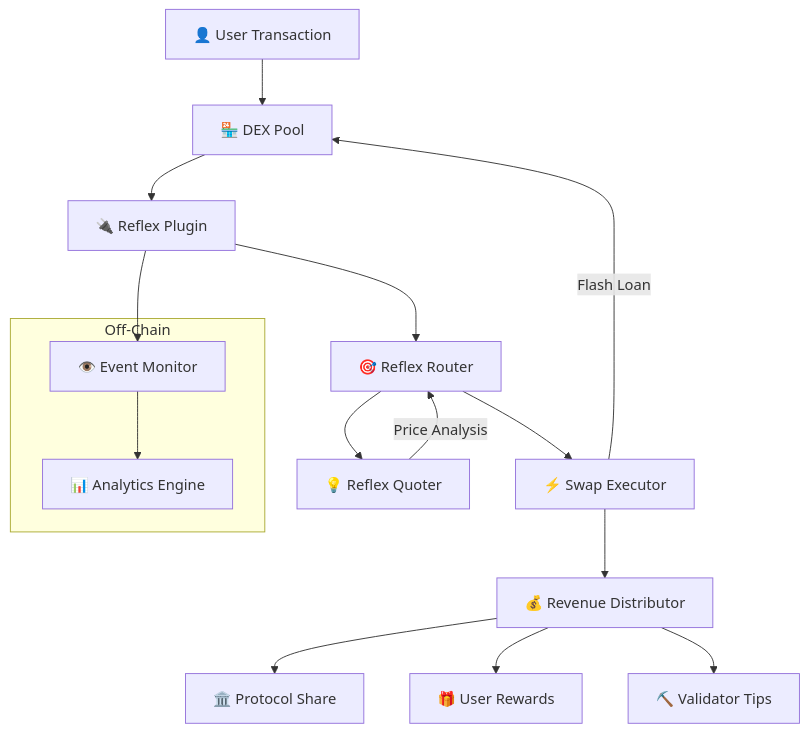
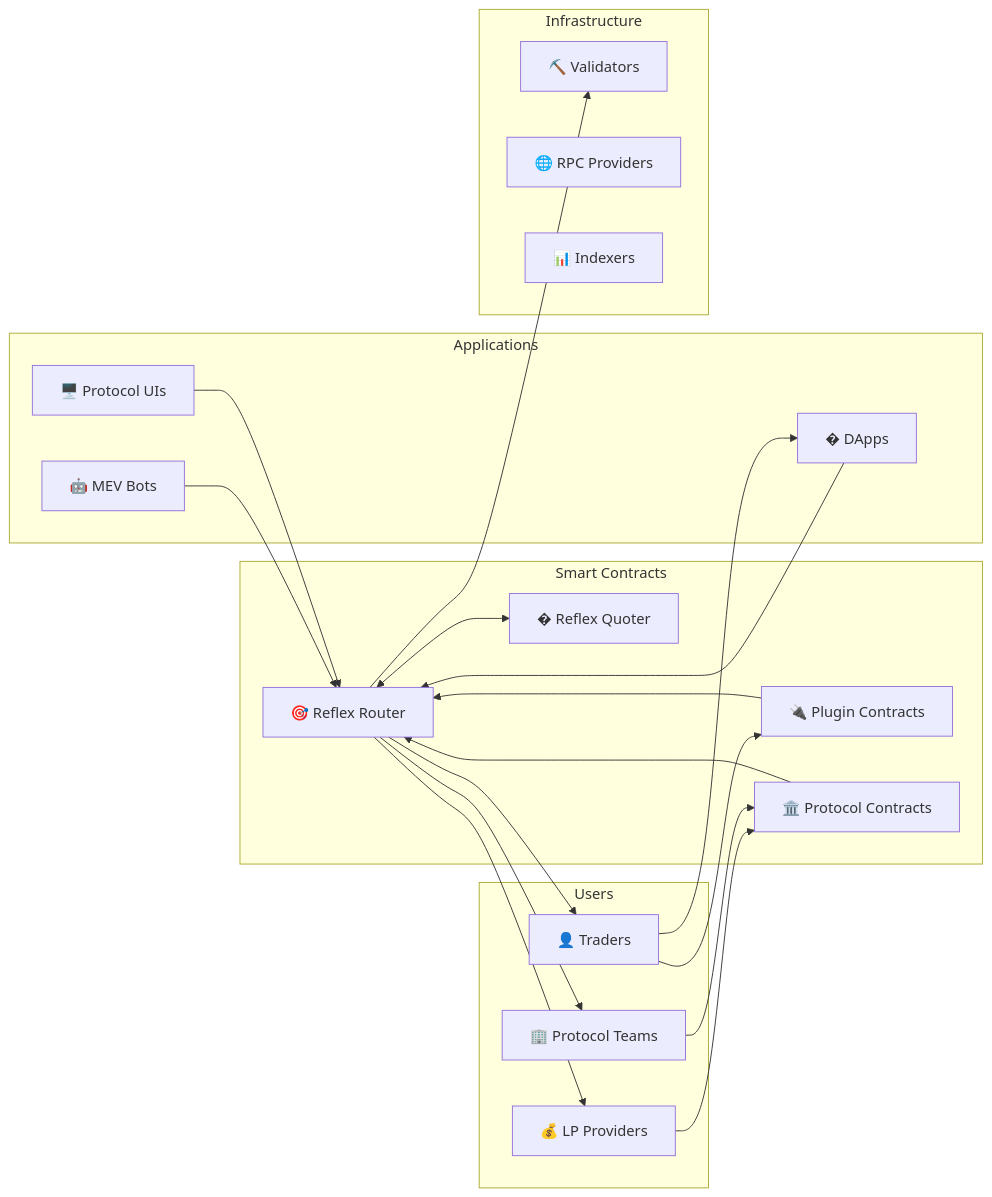
One commit to reflex-mev/reflex changed the second of 10 diagrams in website/docs/technical/architecture/overview.md. Above: the diagram before and after it, drawn with Mermaid. The commit also changed other lines of this file, not shown here.

````diff
--- a/website/docs/technical/architecture/overview.md
+++ b/website/docs/technical/architecture/overview.md
@@ -13,22 +60,49 @@
 ```mermaid
-graph TB
-    User[👤 User Transaction] --> DEX[🏪 DEX Pool]
-    DEX --> Plugin[🔌 Reflex Plugin]
-    Plugin --> Router[🎯 Reflex Router]
-    Router --> Quoter[💡 Reflex Quoter]
-    Quoter --> |Price Analysis| Router
-    Router --> Executor[⚡ Swap Executor]
-    Executor --> |Flash Loan| DEX
-    Executor --> Distributor[💰 Revenue Distributor]
-    Distributor --> Protocol[🏛️ Protocol Share]
-    Distributor --> UserReward[🎁 User Rewards]
-    Distributor --> Validator[⛏️ Validator Tips]
-
-    subgraph "Off-Chain"
-        Monitor[👁️ Event Monitor]
-        Analytics[📊 Analytics Engine]
+graph LR
+    subgraph "Smart Contracts"
+        SC1[🎯 Reflex Router]
+        SC2[� Reflex Quoter]
+        SC3[🔌 Plugin Contracts]
+        SC4[🏛️ Protocol Contracts]
     end
 
-    Plugin --> Monitor
-    Monitor --> Analytics
+    subgraph "Users"
+        U1[👤 Traders]
+        U2[💰 LP Providers]
+        U3[🏢 Protocol Teams]
+    end
+
+    subgraph "Applications"
+        A1[� DApps]
+        A2[🤖 MEV Bots]
+        A3[🖥️ Protocol UIs]
+    end
+
+    subgraph "Infrastructure"
+        I1[⛏️ Validators]
+        I2[🌐 RPC Providers]
+        I3[📊 Indexers]
+    end
+
+    %% Smart Contract interactions
+    SC3 --> SC1
+    SC4 --> SC1
+    SC1 <--> SC2
+
+    %% User interactions
+    U1 --> A1
+    U1 --> SC3
+    U2 --> SC4
+    U3 --> SC4
+
+    %% Application interactions
+    A1 --> SC1
+    A2 --> SC1
+    A3 --> SC1
+
+    %% Profit flows
+    SC1 --> U1
+    SC1 --> U2
+    SC1 --> U3
+    SC1 --> I1
 ```
````
